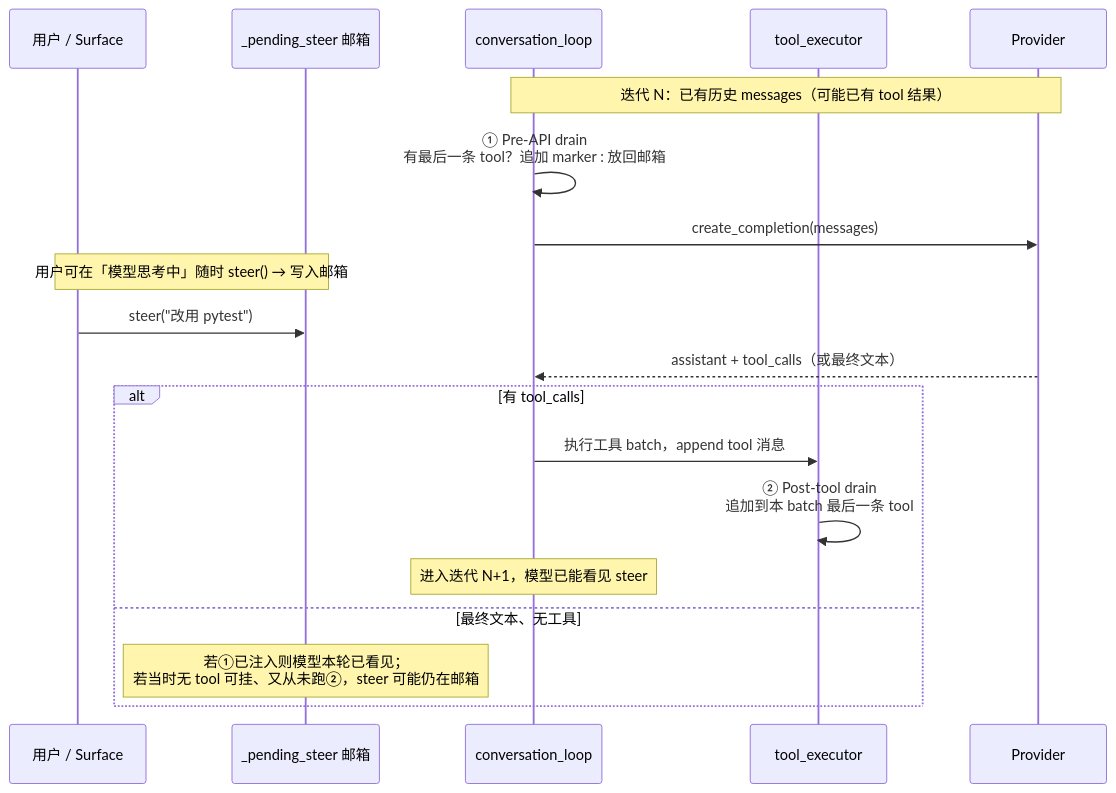
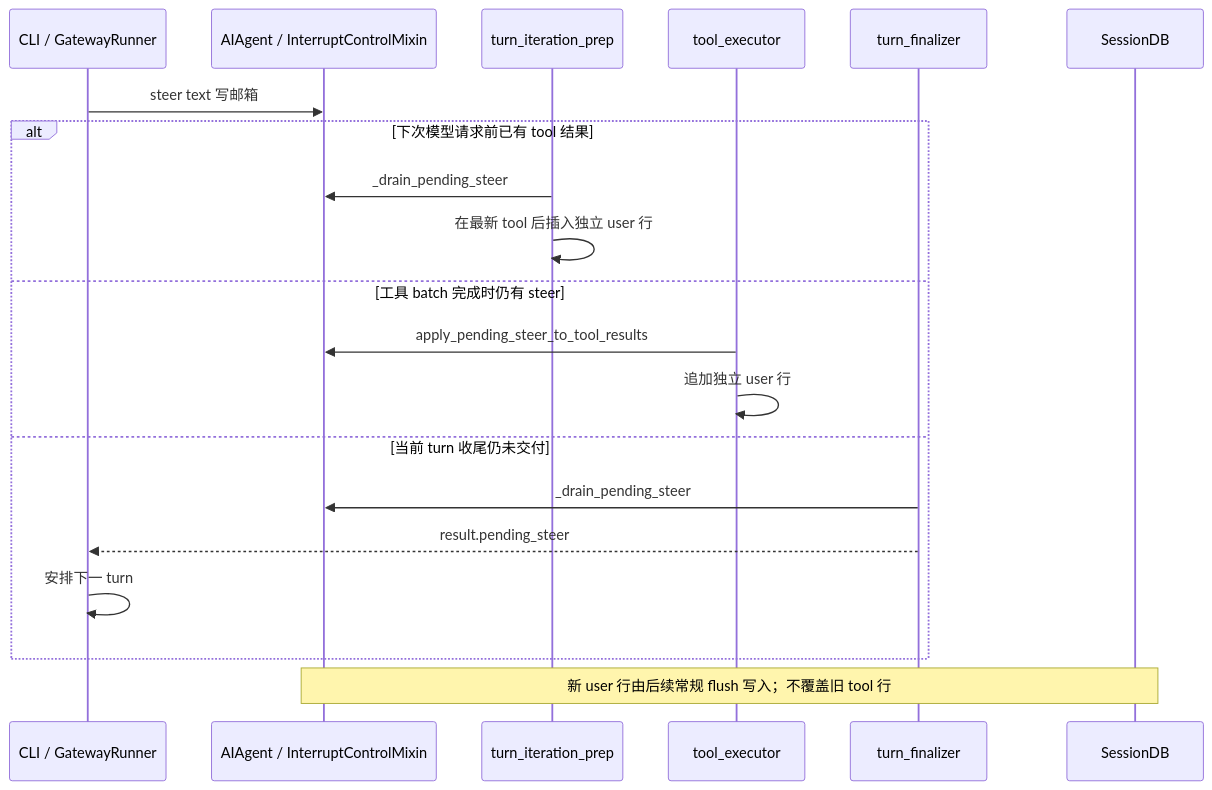
One commit to themass/agent-docs changed the fifth of 10 diagrams in hermes/docs/archive/legacy/AGENT_LOOP_ARCHITECTURE.md. Above: the diagram before and after it, drawn with Mermaid. The commit also changed other lines of this file and 508 other files, not shown here.

````diff
--- a/hermes/docs/archive/legacy/AGENT_LOOP_ARCHITECTURE.md
+++ b/hermes/docs/archive/legacy/AGENT_LOOP_ARCHITECTURE.md
@@ -1179,22 +1267,22 @@
 ```mermaid
 sequenceDiagram
-    participant U as 用户 / Surface
-    participant M as _pending_steer 邮箱
-    participant L as conversation_loop
-    participant T as tool_executor
-    participant LLM as Provider
-
-    Note over L,LLM: 迭代 N：已有历史 messages（可能已有 tool 结果）
-    L->>L: ① Pre-API drain<br/>有最后一条 tool？追加 marker : 放回邮箱
-    L->>LLM: create_completion(messages)
-    Note over U,M: 用户可在「模型思考中」随时 steer() → 写入邮箱
-    U->>M: steer("改用 pytest")
-    LLM-->>L: assistant + tool_calls（或最终文本）
-    alt 有 tool_calls
-        L->>T: 执行工具 batch，append tool 消息
-        T->>T: ② Post-tool drain<br/>追加到本 batch 最后一条 tool
-        Note over L: 进入迭代 N+1，模型已能看见 steer
-    else 最终文本、无工具
-        Note over M: 若①已注入则模型本轮已看见；<br/>若当时无 tool 可挂、又从未跑②，steer 可能仍在邮箱
+    participant Surface as CLI / GatewayRunner
+    participant Agent as AIAgent / InterruptControlMixin
+    participant Prep as turn_iteration_prep
+    participant Exec as tool_executor
+    participant Final as turn_finalizer
+    participant DB as SessionDB
+    Surface->>Agent: steer text 写邮箱
+    alt 下次模型请求前已有 tool 结果
+        Prep->>Agent: _drain_pending_steer
+        Prep->>Prep: 在最新 tool 后插入独立 user 行
+    else 工具 batch 完成时仍有 steer
+        Exec->>Agent: apply_pending_steer_to_tool_results
+        Exec->>Exec: 追加独立 user 行
+    else 当前 turn 收尾仍未交付
+        Final->>Agent: _drain_pending_steer
+        Final-->>Surface: result.pending_steer
+        Surface->>Surface: 安排下一 turn
     end
+    Note over Agent,DB: 新 user 行由后续常规 flush 写入；不覆盖旧 tool 行
 ```
````
